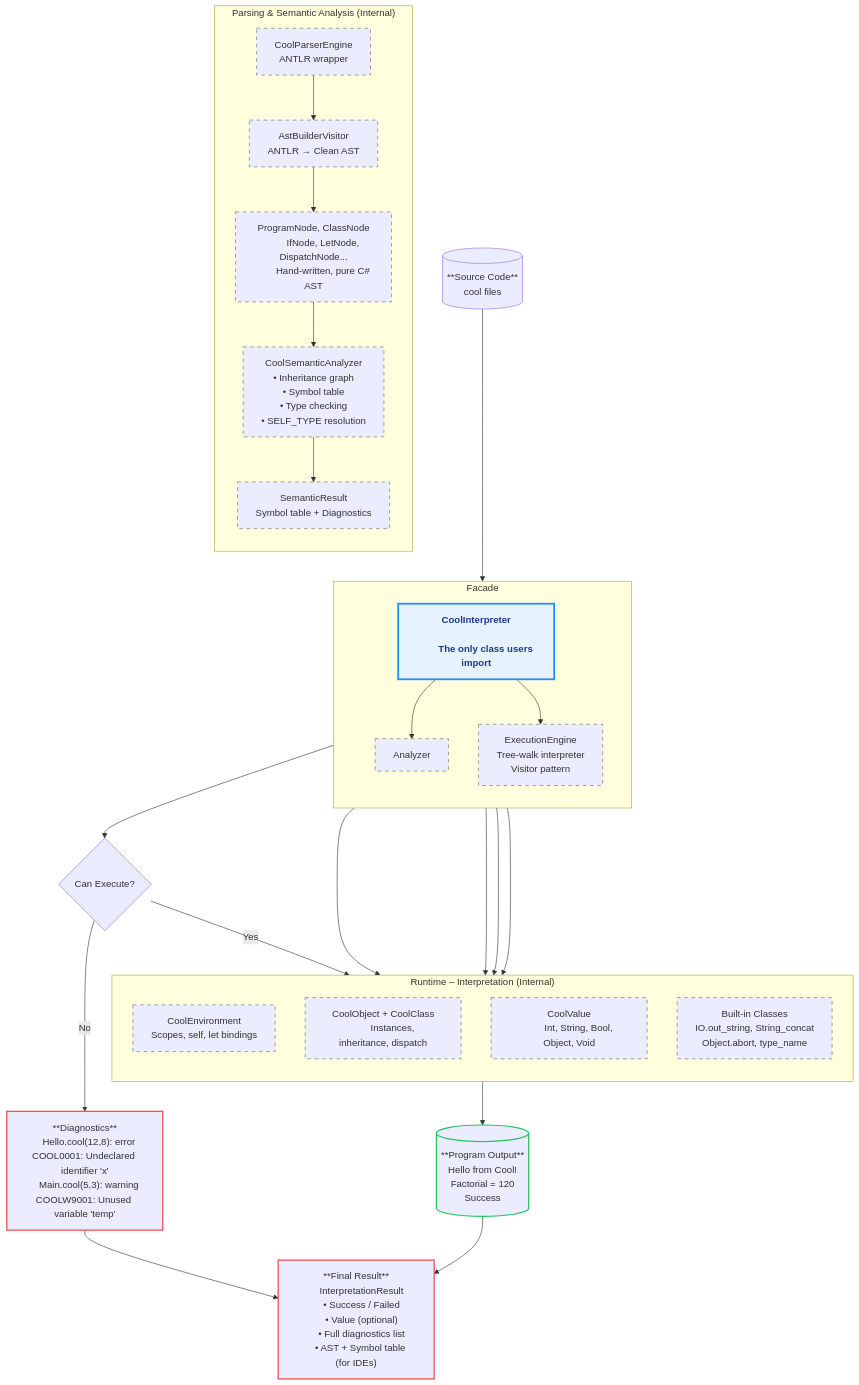
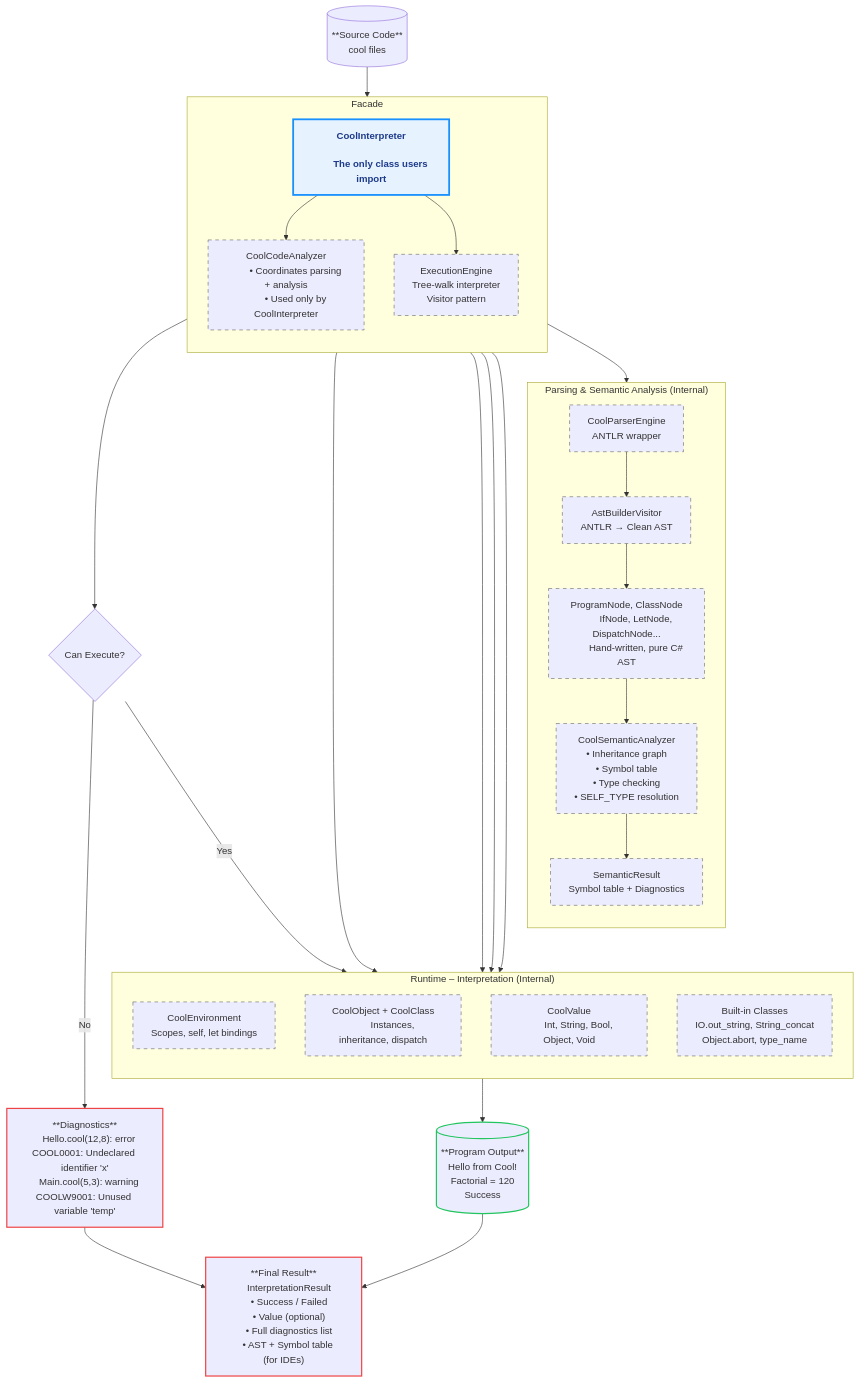
The diagram in README.md (michifueby/Cool-Interpreter), drawn with Mermaid before and after one commit.

Commit message:
Update README with CoolCodeAnalyzer information
Added details about the CoolCodeAnalyzer in the README.

```diff
--- a/README.md
+++ b/README.md
@@ -21,7 +21,12 @@
     end
 
     subgraph Frontend ["Parsing & Semantic Analysis (Internal)"]
-        direction TB
+         direction TB
+        Analyzer[CoolCodeAnalyzer
+        • Coordinates parsing + analysis
+        • Used only by CoolInterpreter]
+
+        Analyzer --> Parser
 
         Parser[CoolParserEngine
         ANTLR wrapper]
```
